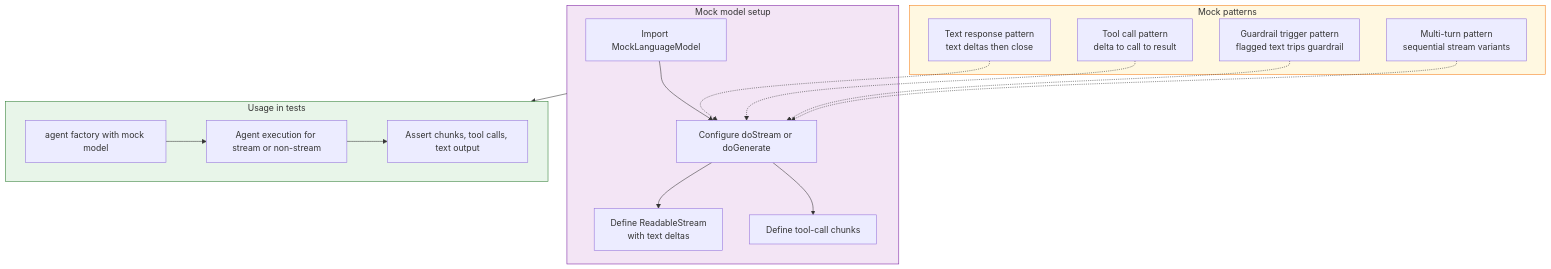
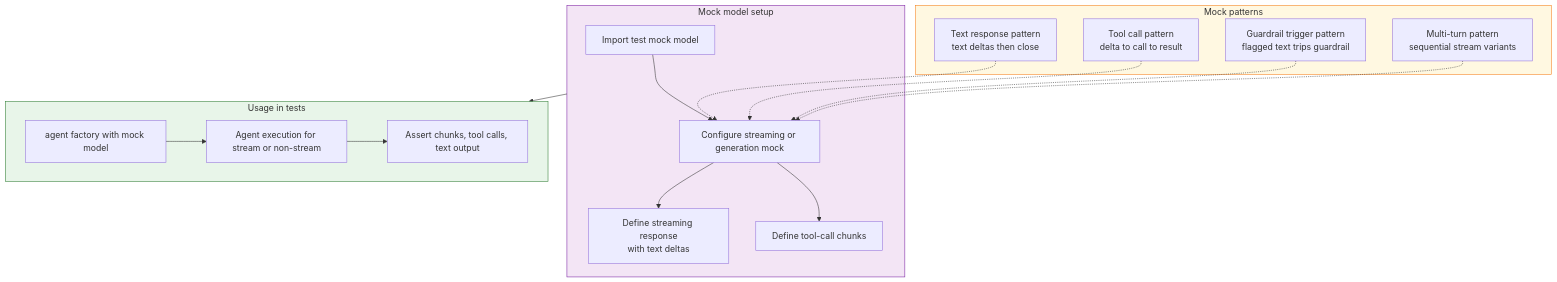
The seventh of 14 diagrams in plan/16-testing.md (1qh/safeagent), drawn with Mermaid before and after one commit. The commit also changed other lines of this file, not shown here.

````diff
--- a/plan/16-testing.md
+++ b/plan/16-testing.md
@@ -305,36 +305,36 @@
 ```mermaid
 flowchart TD
     subgraph MOCK_SETUP["Mock model setup"]
-        MOCK_IMPORT["Import MockLanguageModel"]
-        MOCK_CONFIGURE["Configure doStream or doGenerate"]
-        MOCK_STREAM_DEFINE["Define ReadableStream\nwith text deltas"]
+        MOCK_IMPORT["Import test mock model"]
+        MOCK_CONFIGURE["Configure streaming or generation mock"]
+        MOCK_STREAM_DEFINE["Define streaming response\nwith text deltas"]
         MOCK_TOOL_DEFINE["Define tool-call chunks"]
     end
 
     subgraph MOCK_USAGE["Usage in tests"]
         MOCK_AGENT_CREATE["agent factory with mock model"]
         MOCK_RUNNER_CALL["Agent execution for stream or non-stream"]
         MOCK_ASSERTIONS["Assert chunks, tool calls, text output"]
     end
 
     subgraph MOCK_PATTERNS["Mock patterns"]
         MOCK_TEXT_PATTERN["Text response pattern\ntext deltas then close"]
         MOCK_TOOL_PATTERN["Tool call pattern\ndelta to call to result"]
         MOCK_GUARD_PATTERN["Guardrail trigger pattern\nflagged text trips guardrail"]
         MOCK_MULTI_TURN_PATTERN["Multi-turn pattern\nsequential stream variants"]
     end
 
     MOCK_IMPORT --> MOCK_CONFIGURE --> MOCK_STREAM_DEFINE
     MOCK_CONFIGURE --> MOCK_TOOL_DEFINE
     MOCK_AGENT_CREATE --> MOCK_RUNNER_CALL --> MOCK_ASSERTIONS
     MOCK_SETUP --> MOCK_USAGE
 
     MOCK_TEXT_PATTERN -.-> MOCK_CONFIGURE
     MOCK_TOOL_PATTERN -.-> MOCK_CONFIGURE
     MOCK_GUARD_PATTERN -.-> MOCK_CONFIGURE
     MOCK_MULTI_TURN_PATTERN -.-> MOCK_CONFIGURE
 
     style MOCK_SETUP fill:#f3e5f5,stroke:#7b1fa2
     style MOCK_USAGE fill:#e8f5e9,stroke:#2e7d32
     style MOCK_PATTERNS fill:#fff8e1,stroke:#f57f17
 ```
````
